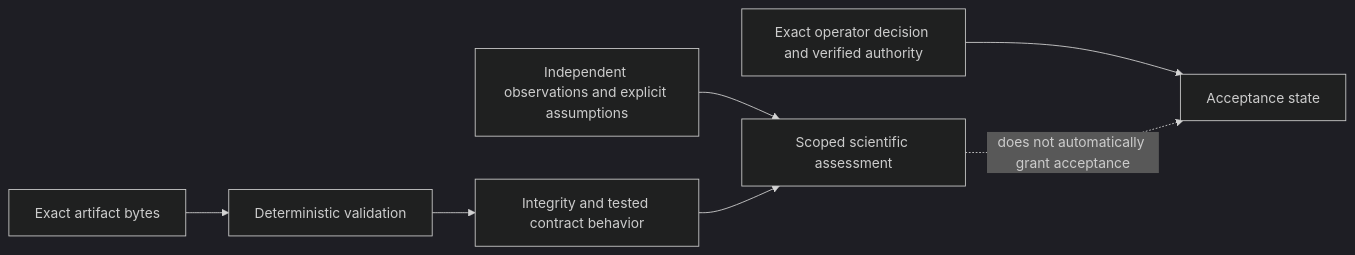
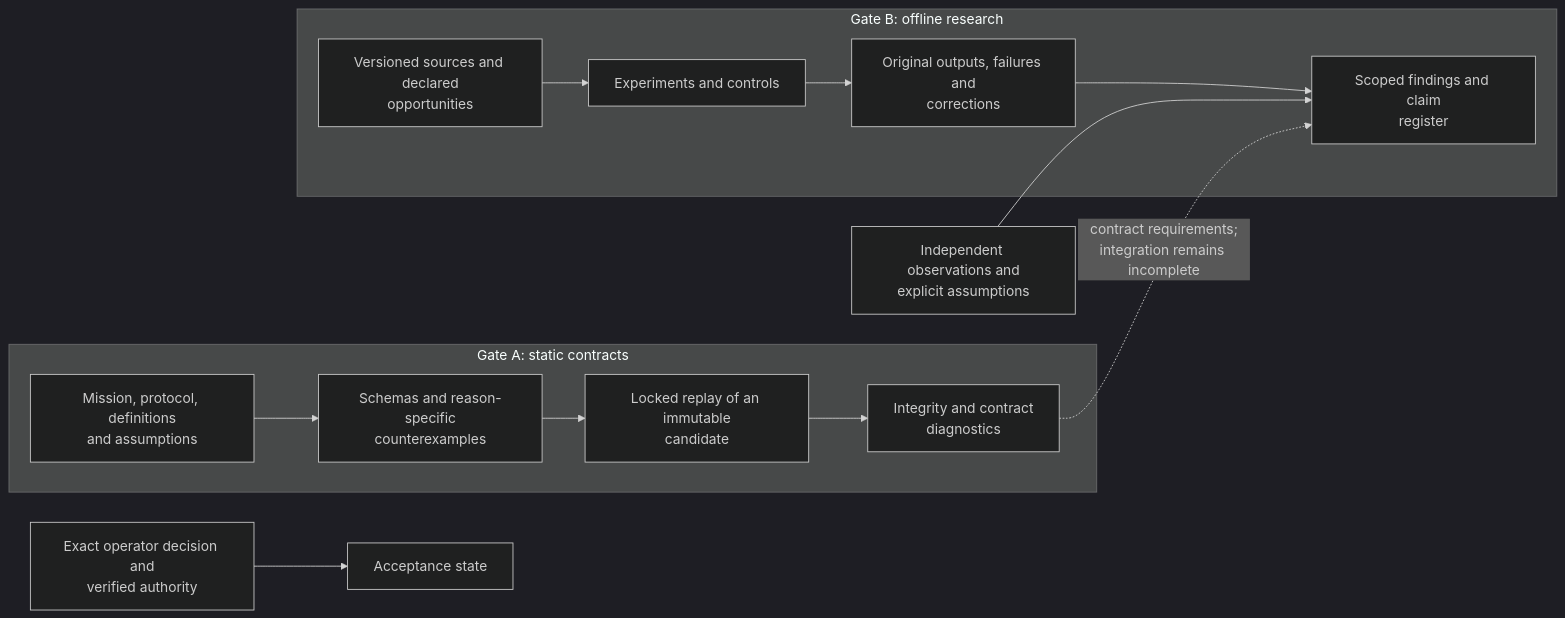
One commit to manfromnowhere143/reiyah changed the sixth of 6 diagrams in README.md. Above: the diagram before and after it, drawn with Mermaid (dark theme). The commit also changed other lines of this file and 1 other file, not shown here.

First line of the commit message:
Restore the README architecture and six research diagrams

````diff
--- a/README.md
+++ b/README.md
@@ -222,9 +203,16 @@
 ```mermaid
 flowchart LR
-  B["Exact artifact bytes"] --> D["Deterministic validation"]
-  D --> I["Integrity and tested contract behavior"]
-  O["Independent observations and explicit assumptions"] --> S["Scoped scientific assessment"]
-  I --> S
-  A["Exact operator decision and verified authority"] --> G["Acceptance state"]
-  S -. "does not automatically grant acceptance" .-> G
+  subgraph CONTRACT["Gate A: static contracts"]
+    M["Mission, protocol, definitions<br/>and assumptions"] --> F["Schemas and reason-specific<br/>counterexamples"]
+    F --> L["Locked replay of an immutable<br/>candidate"]
+    L --> I["Integrity and contract<br/>diagnostics"]
+  end
+  subgraph RESEARCH["Gate B: offline research"]
+    D["Versioned sources and declared<br/>opportunities"] --> X["Experiments and controls"]
+    X --> T["Original outputs, failures and<br/>corrections"]
+    T --> C["Scoped findings and claim<br/>register"]
+  end
+  I -. "contract requirements;<br/>integration remains incomplete" .-> C
+  O["Independent observations and<br/>explicit assumptions"] --> C
+  A["Exact operator decision and<br/>verified authority"] --> G["Acceptance state"]
 ```
````
